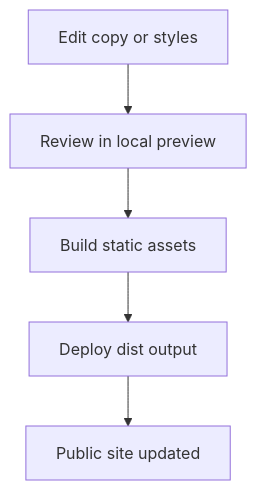
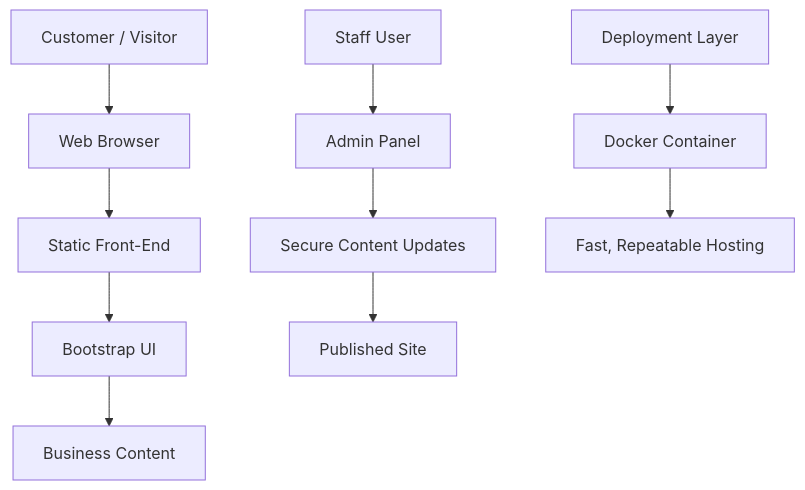
One commit to hkevin01/sample-website changed the second of 2 diagrams in README.md. Above: the diagram before and after it, drawn with Mermaid. The commit also changed other lines of this file, not shown here.

````diff
--- a/README.md
+++ b/README.md
@@ -360,7 +104,14 @@
 ```mermaid
-graph TD
-    A[Edit copy or styles] --> B[Review in local preview]
-    B --> C[Build static assets]
-    C --> D[Deploy dist output]
-    D --> E[Public site updated]
+flowchart TD
+    A[Customer / Visitor] --> B[Web Browser]
+    B --> C[Static Front-End]
+    C --> D[Bootstrap UI]
+    D --> E[Business Content]
+
+    F[Staff User] --> G[Admin Panel]
+    G --> H[Secure Content Updates]
+    H --> I[Published Site]
+
+    J[Deployment Layer] --> K[Docker Container]
+    K --> L[Fast, Repeatable Hosting]
 ```
````
